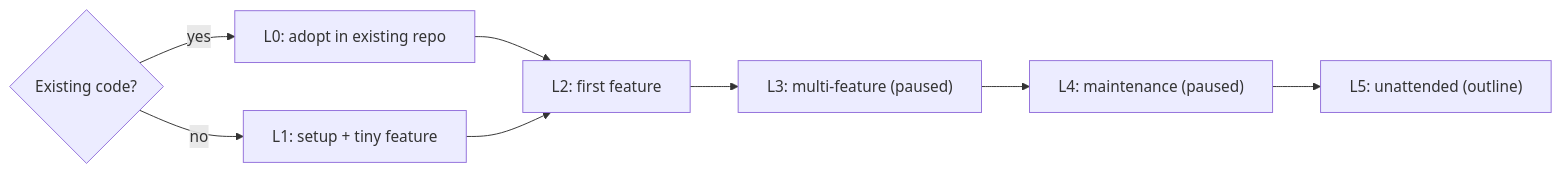
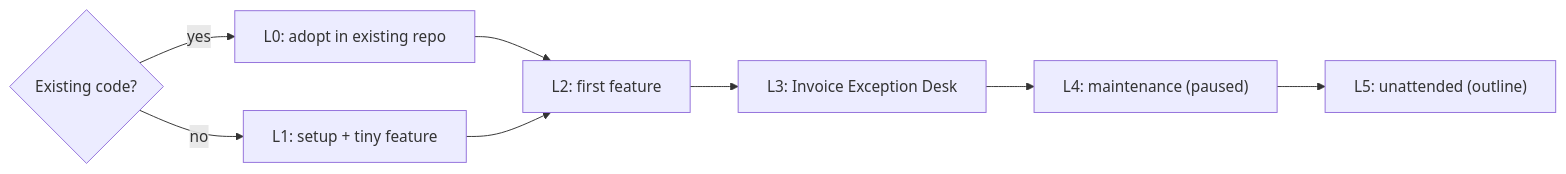
The fourth of 4 diagrams in docs/index.md (tosin2013/invoice-exception-desk), drawn with Mermaid before and after one commit. The commit also changed other lines of this file and 6 other files, not shown here.

Commit message:
docs: add L3 Invoice Exception Desk walkthrough; link L3 from Home, L0-L2 footers and llms.txt (L4 stays paused)

````diff
--- a/docs/index.md
+++ b/docs/index.md
@@ -102,8 +102,8 @@
 ```mermaid
 flowchart LR
   Q{Existing code?} -->|yes| L0["L0: adopt in existing repo"]
   Q -->|no| L1["L1: setup + tiny feature"]
   L0 --> L2["L2: first feature"]
   L1 --> L2
-  L2 --> L3["L3: multi-feature (paused)"] --> L4["L4: maintenance (paused)"] --> L5["L5: unattended (outline)"]
+  L2 --> L3["L3: Invoice Exception Desk"] --> L4["L4: maintenance (paused)"] --> L5["L5: unattended (outline)"]
 ```
````
